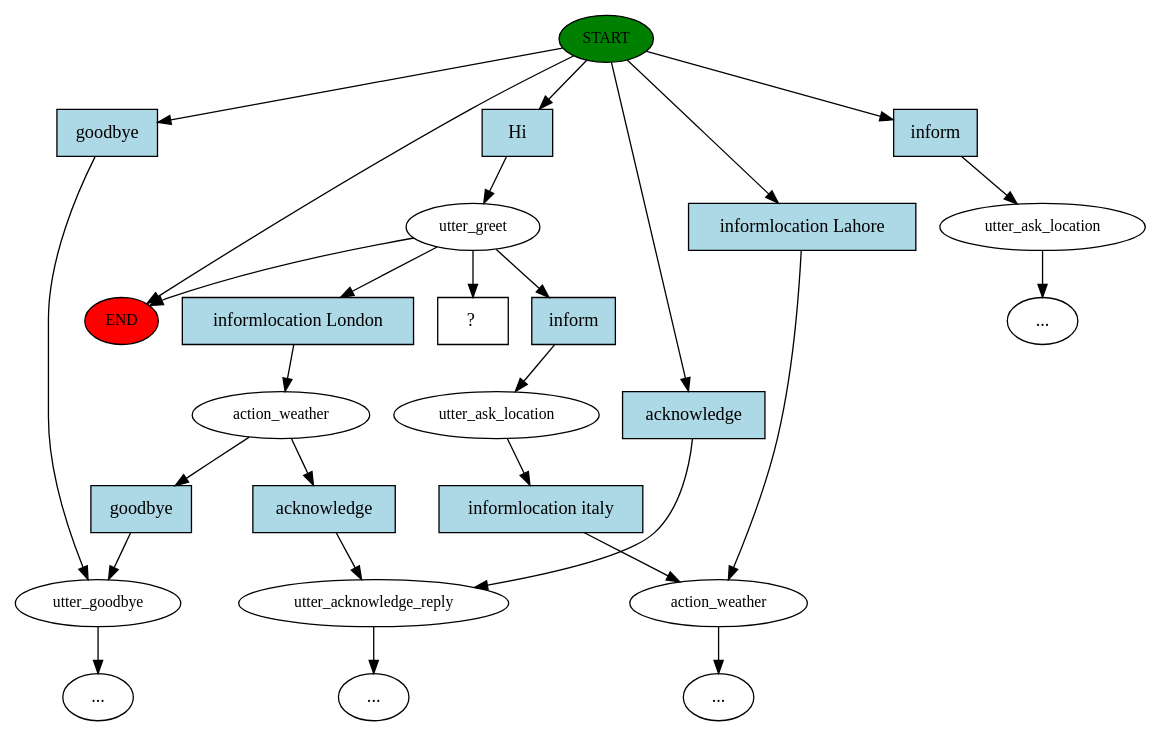
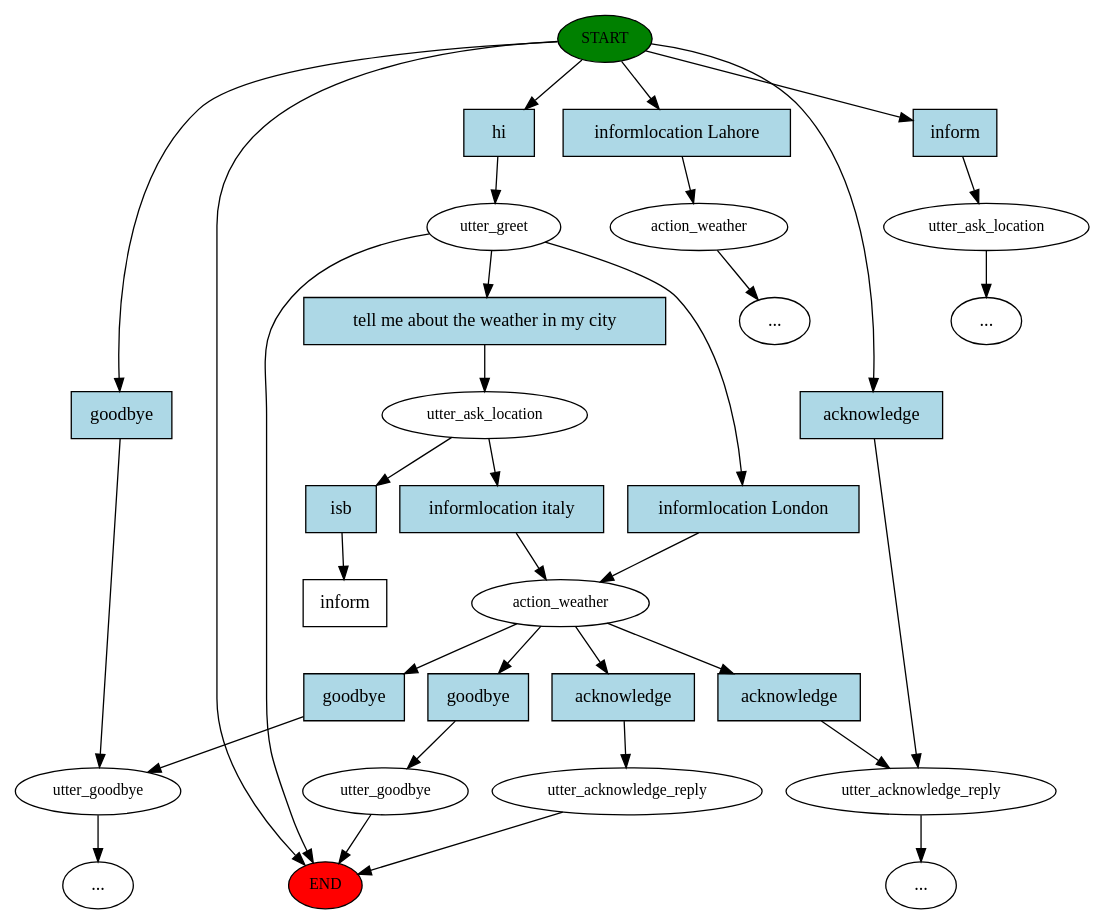
One commit to Nomiluks/weather-bot changed the diagram in story_graph.dot. Above: the diagram before and after it, drawn with Graphviz. The commit also changed 9 other files, not shown here.

```diff
--- a/story_graph.dot
+++ b/story_graph.dot
@@ -1,53 +1,65 @@
 digraph  {
 0 [class="start active", fillcolor=green, fontsize=12, label=START, style=filled];
 "-1" [class=end, fillcolor=red, fontsize=12, label=END, style=filled];
 1 [class="", fontsize=12, label=utter_goodbye];
 2 [class=active, fontsize=12, label=utter_greet];
 3 [class="", fontsize=12, label=action_weather];
 4 [class="", fontsize=12, label=utter_acknowledge_reply];
 5 [class="", fontsize=12, label=utter_ask_location];
 "-6" [class=ellipsis, label="..."];
-7 [class="", fontsize=12, label=utter_ask_location];
-10 [class="", fontsize=12, label=action_weather];
+7 [class=active, fontsize=12, label=utter_ask_location];
+8 [class="", fontsize=12, label=action_weather];
+9 [class="", fontsize=12, label=utter_acknowledge_reply];
+"-7" [class=ellipsis, label="..."];
+16 [class="", fontsize=12, label=utter_goodbye];
 "-8" [class=ellipsis, label="..."];
-"-10" [class=ellipsis, label="..."];
-"-11" [class=ellipsis, label="..."];
-20 [class="intent dashed active", label="  ?  ", shape=rect];
-21 [class=intent, fillcolor=lightblue, label=goodbye, shape=rect, style=filled];
-22 [class="intent active", fillcolor=lightblue, label=Hi, shape=rect, style=filled];
-23 [class=intent, fillcolor=lightblue, label="informlocation Lahore", shape=rect, style=filled];
-24 [class=intent, fillcolor=lightblue, label=acknowledge, shape=rect, style=filled];
-25 [class=intent, fillcolor=lightblue, label=inform, shape=rect, style=filled];
-26 [class=intent, fillcolor=lightblue, label=inform, shape=rect, style=filled];
-27 [class=intent, fillcolor=lightblue, label="informlocation London", shape=rect, style=filled];
-28 [class=intent, fillcolor=lightblue, label="informlocation italy", shape=rect, style=filled];
-29 [class=intent, fillcolor=lightblue, label=acknowledge, shape=rect, style=filled];
-30 [class=intent, fillcolor=lightblue, label=goodbye, shape=rect, style=filled];
+"-9" [class=ellipsis, label="..."];
+23 [class="intent dashed active", label=inform, shape=rect];
+24 [class=intent, fillcolor=lightblue, label=goodbye, shape=rect, style=filled];
+25 [class="intent active", fillcolor=lightblue, label=hi, shape=rect, style=filled];
+26 [class=intent, fillcolor=lightblue, label="informlocation Lahore", shape=rect, style=filled];
+27 [class=intent, fillcolor=lightblue, label=acknowledge, shape=rect, style=filled];
+28 [class=intent, fillcolor=lightblue, label=inform, shape=rect, style=filled];
+29 [class="intent active", fillcolor=lightblue, label="tell me about the weather in my city", shape=rect, style=filled];
+30 [class=intent, fillcolor=lightblue, label="informlocation London", shape=rect, style=filled];
+31 [class=intent, fillcolor=lightblue, label="informlocation italy", shape=rect, style=filled];
+32 [class="intent active", fillcolor=lightblue, label=isb, shape=rect, style=filled];
+33 [class=intent, fillcolor=lightblue, label=acknowledge, shape=rect, style=filled];
+34 [class=intent, fillcolor=lightblue, label=acknowledge, shape=rect, style=filled];
+35 [class=intent, fillcolor=lightblue, label=goodbye, shape=rect, style=filled];
+36 [class=intent, fillcolor=lightblue, label=goodbye, shape=rect, style=filled];
 0 -> "-1"  [class="", key=NONE, label=""];
-0 -> 21  [class="", key=0];
-0 -> 22  [class=active, key=0];
-0 -> 23  [class="", key=0];
 0 -> 24  [class="", key=0];
-0 -> 25  [class="", key=0];
-1 -> "-10"  [class="", key=NONE, label=""];
+0 -> 25  [class=active, key=0];
+0 -> 26  [class="", key=0];
+0 -> 27  [class="", key=0];
+0 -> 28  [class="", key=0];
+1 -> "-8"  [class="", key=NONE, label=""];
 2 -> "-1"  [class="", key=NONE, label=""];
-2 -> 20  [class=active, key=NONE, label=""];
-2 -> 26  [class="", key=0];
-2 -> 27  [class="", key=0];
-3 -> "-11"  [class="", key=NONE, label=""];
-4 -> "-8"  [class="", key=NONE, label=""];
+2 -> 29  [class=active, key=0];
+2 -> 30  [class="", key=0];
+3 -> "-9"  [class="", key=NONE, label=""];
+4 -> "-7"  [class="", key=NONE, label=""];
 5 -> "-6"  [class="", key=NONE, label=""];
-7 -> 28  [class="", key=0];
-10 -> 29  [class="", key=0];
-10 -> 30  [class="", key=0];
-21 -> 1  [class="", key=0];
-22 -> 2  [class=active, key=0];
-23 -> 3  [class="", key=0];
-24 -> 4  [class="", key=0];
-25 -> 5  [class="", key=0];
-26 -> 7  [class="", key=0];
-27 -> 10  [class="", key=0];
-28 -> 3  [class="", key=0];
-29 -> 4  [class="", key=0];
-30 -> 1  [class="", key=0];
+7 -> 31  [class="", key=0];
+7 -> 32  [class=active, key=0];
+8 -> 33  [class="", key=0];
+8 -> 34  [class="", key=0];
+8 -> 35  [class="", key=0];
+8 -> 36  [class="", key=0];
+9 -> "-1"  [class="", key=NONE, label=""];
+16 -> "-1"  [class="", key=NONE, label=""];
+24 -> 1  [class="", key=0];
+25 -> 2  [class=active, key=0];
+26 -> 3  [class="", key=0];
+27 -> 4  [class="", key=0];
+28 -> 5  [class="", key=0];
+29 -> 7  [class=active, key=0];
+30 -> 8  [class="", key=0];
+31 -> 8  [class="", key=0];
+32 -> 23  [class=active, key=0];
+33 -> 9  [class="", key=0];
+34 -> 4  [class="", key=0];
+35 -> 16  [class="", key=0];
+36 -> 1  [class="", key=0];
 }
```
